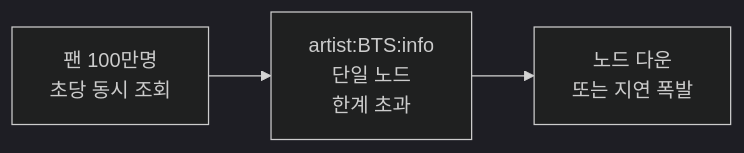
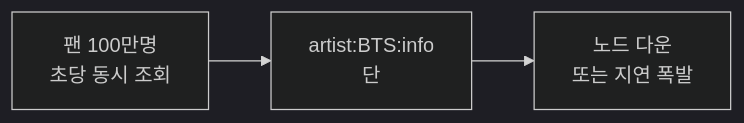
The seventh of 8 diagrams in _posts/systemdesign/2026-05-03-system-design-kv-store.md (yjkim2015/yjkim2015.github.io), drawn with Mermaid (dark theme) before and after one commit. The commit also changed other lines of this file and 271 other files, not shown here.

First line of the commit message:
Mermaid 라벨 축소: 긴 노드 텍스트 18자 이하로 트림 + \n 제거

````diff
--- a/_posts/systemdesign/2026-05-03-system-design-kv-store.md
+++ b/_posts/systemdesign/2026-05-03-system-design-kv-store.md
@@ -655,5 +655,5 @@
 ```mermaid
 graph LR
-    Fan1M["팬 100만명\n초당 동시 조회"] --> HotKey["artist:BTS:info\n단일 노드\n한계 초과"]
+    Fan1M["팬 100만명\n초당 동시 조회"] --> HotKey["artist:BTS:info\n단"]
     HotKey --> CRASH["노드 다운\n또는 지연 폭발"]
 ```
````
